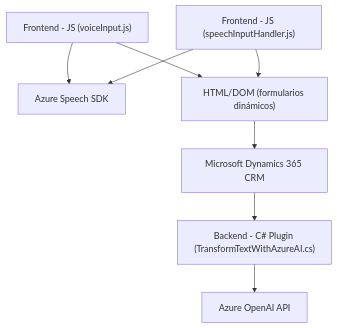
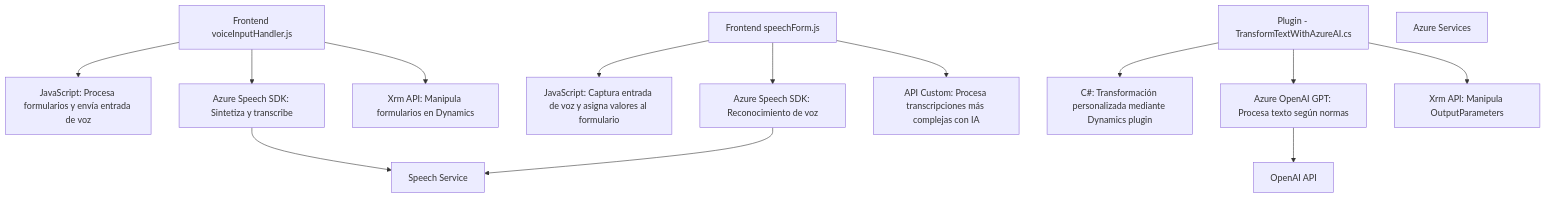
The diagram in README.md (blopezdm/NETCORE_BILBAO2025), drawn with Mermaid before and after one commit. The commit also changed other lines of this file, not shown here.

Commit message:
Actualizar análisis global de la solución con IA

````diff
--- a/README.md
+++ b/README.md
@@ -27,18 +45,30 @@
 ```mermaid
 graph TD
-    A["Frontend - JS (voiceInput.js)"]
-    B["Frontend - JS (speechInputHandler.js)"]
-    C["Backend - C# Plugin (TransformTextWithAzureAI.cs)"]
-    D["Microsoft Dynamics 365 CRM"]
-    E["Azure Speech SDK"]
-    F["Azure OpenAI API"]
-    G["HTML/DOM (formularios dinámicos)"]
-
-    A --> G
-    B --> G
-    G --> D
-    D --> C
-    A --> E
-    B --> E
-    C --> F
+    A["Frontend voiceInputHandler.js"]
+    A1["JavaScript: Procesa formularios y envía entrada de voz"]
+    A2["Azure Speech SDK: Sintetiza y transcribe"]
+    A3["Xrm API: Manipula formularios en Dynamics"]
+    B["Frontend speechForm.js"]
+    B1["JavaScript: Captura entrada de voz y asigna valores al formulario"]
+    B2["Azure Speech SDK: Reconocimiento de voz"]
+    B3["API Custom: Procesa transcripciones más complejas con IA"]
+    C["Plugin - TransformTextWithAzureAI.cs"]
+    C1["C#: Transformación personalizada mediante Dynamics plugin"]
+    C2["Azure OpenAI GPT: Procesa texto según normas"]
+    C3["Xrm API: Manipula OutputParameters"]
+    A --> A1
+    A --> A2
+    A --> A3
+    B --> B1
+    B --> B2
+    B --> B3
+    C --> C1
+    C --> C2
+    C --> C3
+    D["Azure Services"]
+    D1["Speech Service"]
+    D2["OpenAI API"]
+    A2 --> D1
+    B2 --> D1
+    C2 --> D2
 ```
````
